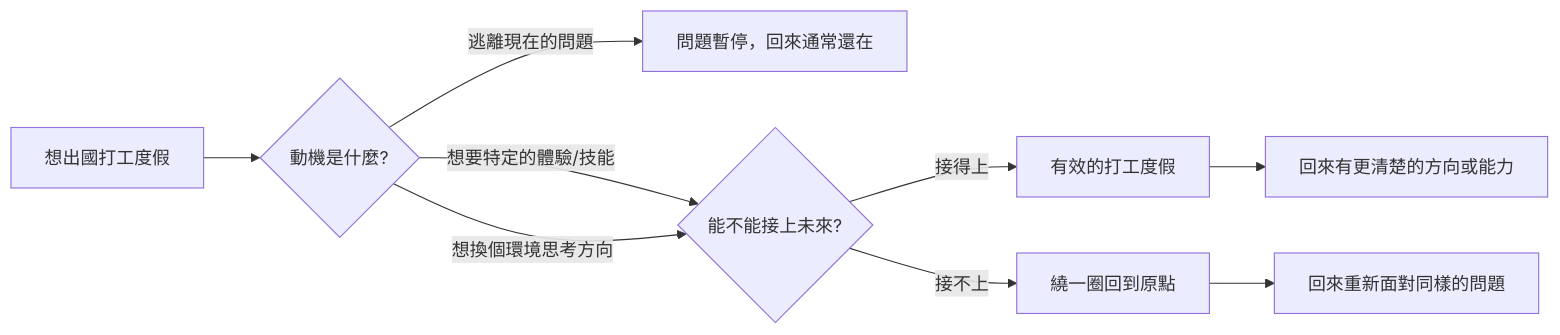
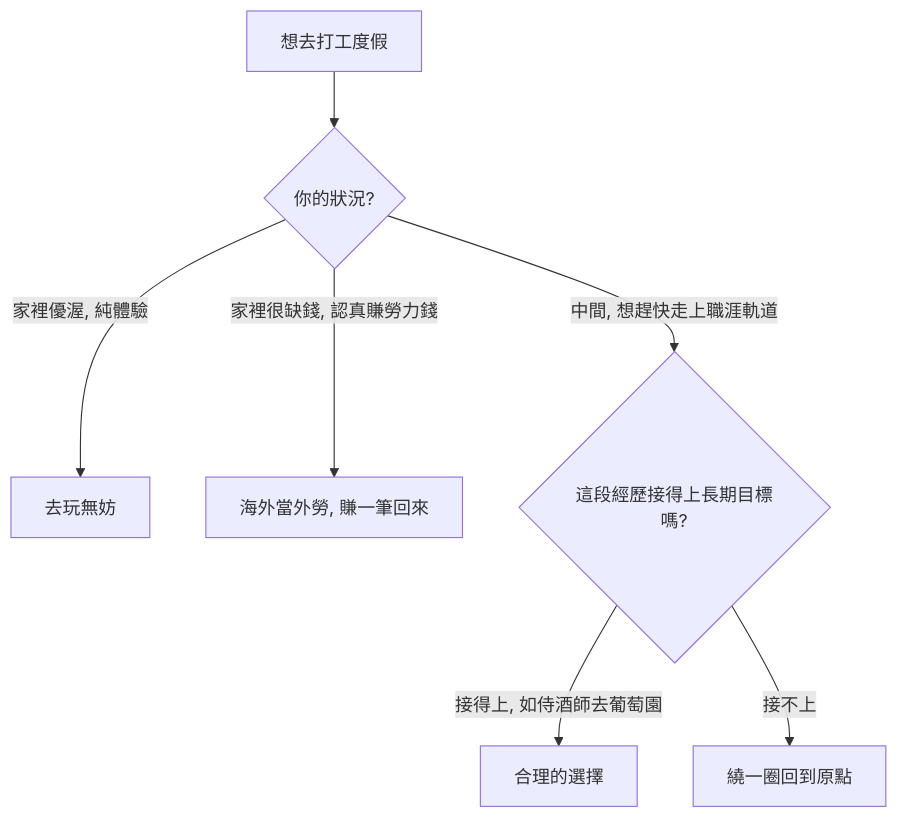
Before and after one commit to a920604a/engineernews: the diagram in src/content/posts/career/2026-05-10-ep669-small-talk.md, drawn with Mermaid. The commit also changed other lines of this file and 468 other files, not shown here.

````diff
--- a/src/content/posts/career/2026-05-10-ep669-small-talk.md
+++ b/src/content/posts/career/2026-05-10-ep669-small-talk.md
@@ -47,11 +55,9 @@
 ```mermaid
-graph LR
-    A[想出國打工度假] --> B{動機是什麼?}
-    B -->|逃離現在的問題| C[問題暫停，回來通常還在]
-    B -->|想要特定的體驗/技能| D{能不能接上未來?}
-    B -->|想換個環境思考方向| D
-    D -->|接得上| E[有效的打工度假]
-    D -->|接不上| F[繞一圈回到原點]
-    E --> G[回來有更清楚的方向或能力]
-    F --> H[回來重新面對同樣的問題]
+graph TD
+    A[想去打工度假] --> B{你的狀況?}
+    B -->|家裡優渥, 純體驗| C[去玩無妨]
+    B -->|家裡很缺錢, 認真賺勞力錢| D[海外當外勞, 賺一筆回來]
+    B -->|中間, 想趕快走上職涯軌道| E{這段經歷接得上長期目標嗎?}
+    E -->|接得上, 如侍酒師去葡萄園| F[合理的選擇]
+    E -->|接不上| G[繞一圈回到原點]
 ```
````
